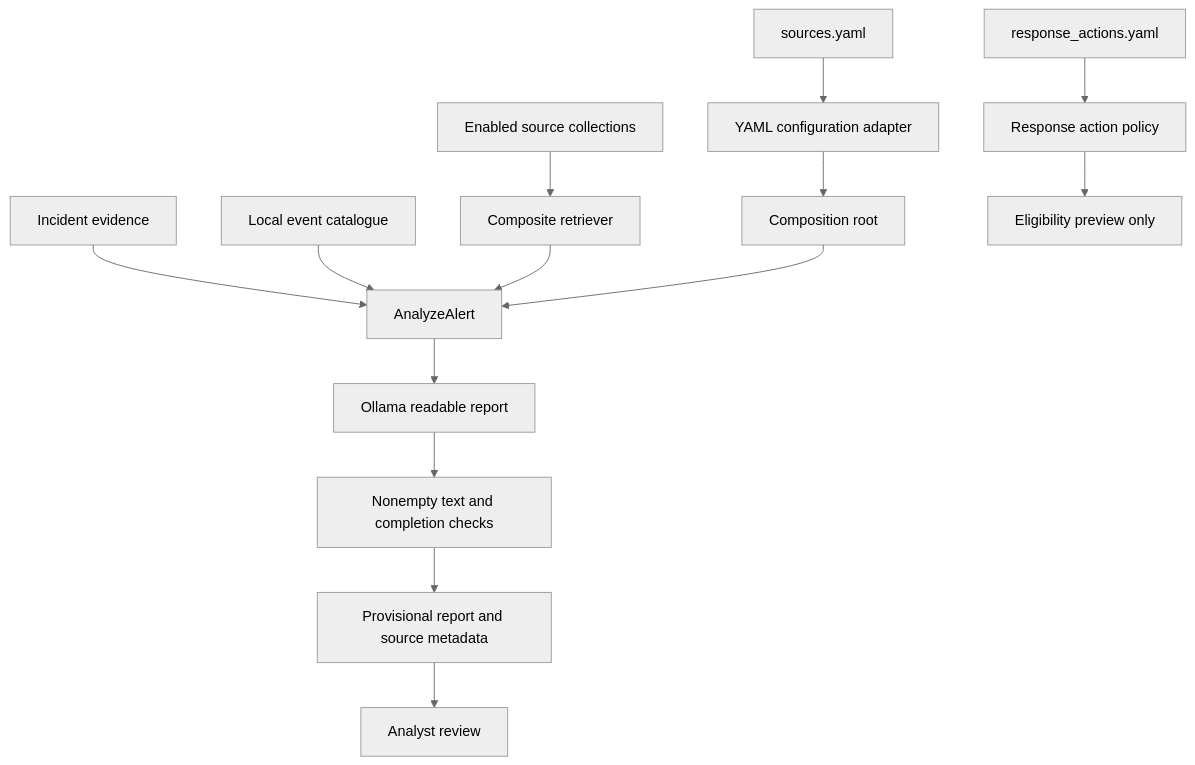
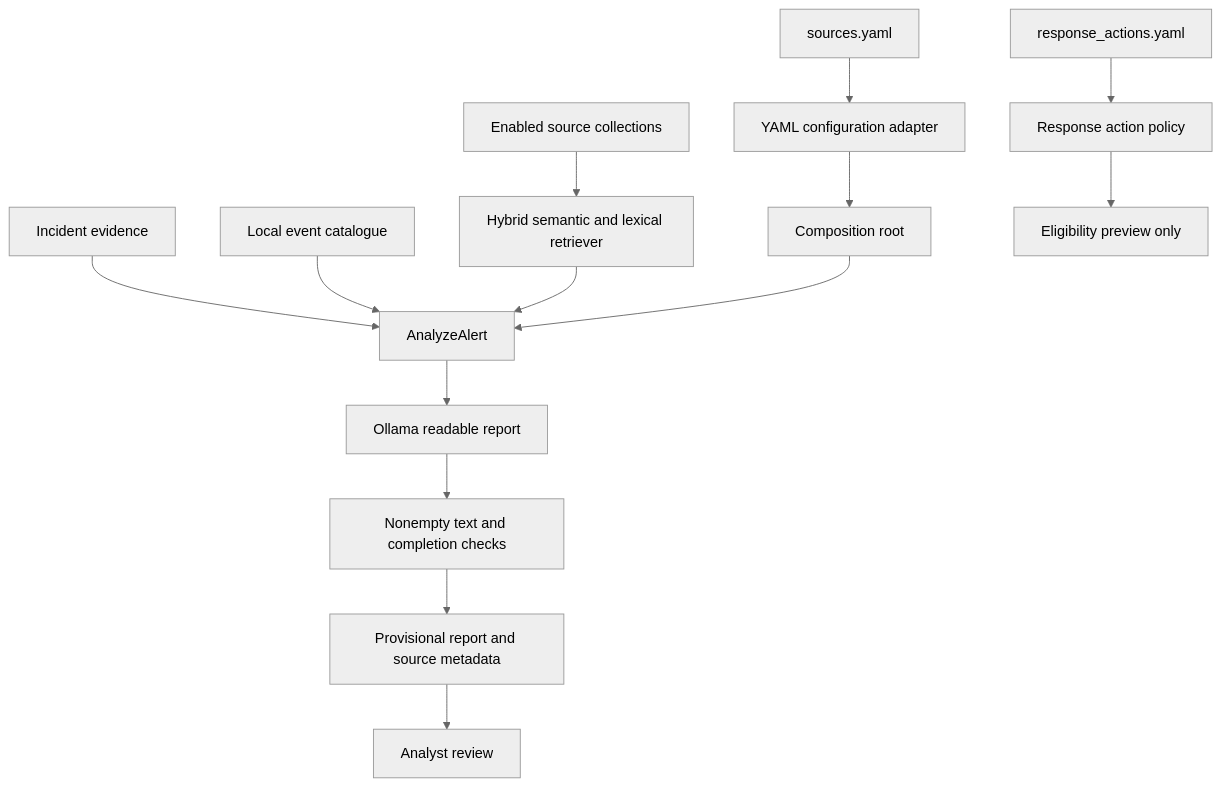
Before and after one commit to Zouhairgurtaoui/cybertriage: the diagram in docs/architecture.md, drawn with Mermaid (neutral theme). The commit also changed other lines of this file and 17 other files, not shown here.

Commit message:
add contextual hybrid knowledge retrieval

````diff
--- a/docs/architecture.md
+++ b/docs/architecture.md
@@ -6,16 +6,16 @@
 ```mermaid
 flowchart TD
     Sources[sources.yaml] --> Configuration[YAML configuration adapter]
     Configuration --> Bootstrap[Composition root]
     Input[Incident evidence] --> UseCase[AnalyzeAlert]
     Catalog[Local event catalogue] --> UseCase
-    Chroma[Enabled source collections] --> Retrieval[Composite retriever]
+    Chroma[Enabled source collections] --> Retrieval[Hybrid semantic and lexical retriever]
     Retrieval --> UseCase
     Bootstrap --> UseCase
     UseCase --> Model[Ollama readable report]
     Model --> Completion[Nonempty text and completion checks]
     Completion --> Report[Provisional report and source metadata]
     Report --> Review[Analyst review]
     Actions[response_actions.yaml] --> Policy[Response action policy]
     Policy --> Preview[Eligibility preview only]
 ```
````
